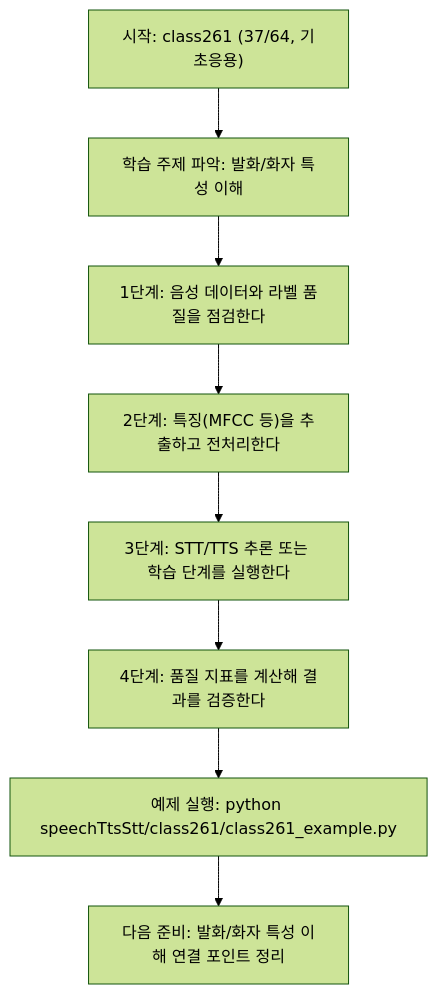
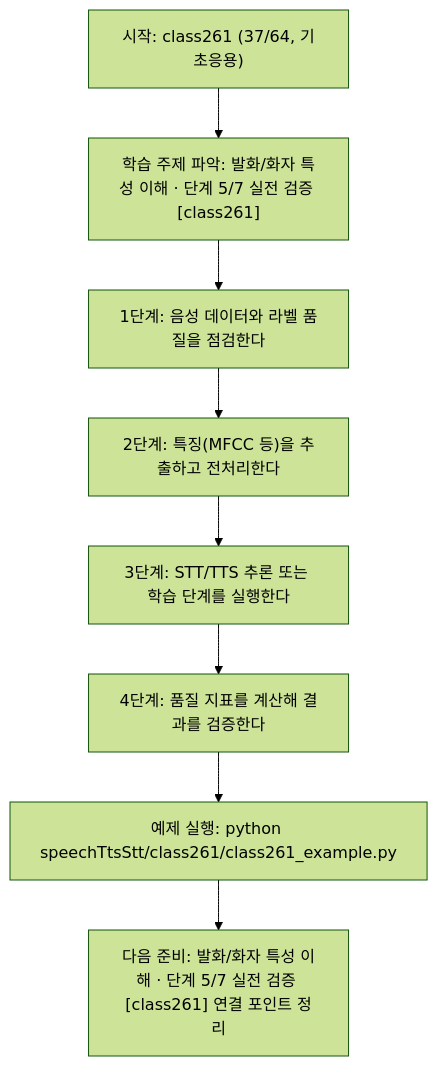
Before and after one commit to edumgt/Python-AI_Agent-Class: the diagram in speechTtsStt/class261/class261.md, drawn with Mermaid (forest theme). The commit also changed other lines of this file and 522 other files, not shown here.

````diff
--- a/speechTtsStt/class261/class261.md
+++ b/speechTtsStt/class261/class261.md
@@ -114,18 +115,18 @@
 ```mermaid
 flowchart TD
 N1["시작: class261 (37/64, 기초응용)"]
-N2["학습 주제 파악: 발화/화자 특성 이해"]
+N2["학습 주제 파악: 발화/화자 특성 이해 · 단계 5/7 실전 검증 [class261]"]
 N3["1단계: 음성 데이터와 라벨 품질을 점검한다"]
 N4["2단계: 특징(MFCC 등)을 추출하고 전처리한다"]
 N5["3단계: STT/TTS 추론 또는 학습 단계를 실행한다"]
 N6["4단계: 품질 지표를 계산해 결과를 검증한다"]
 N7["예제 실행: python speechTtsStt/class261/class261_example.py"]
-N8["다음 준비: 발화/화자 특성 이해 연결 포인트 정리"]
+N8["다음 준비: 발화/화자 특성 이해 · 단계 5/7 실전 검증 [class261] 연결 포인트 정리"]
 N1 --> N2
 N2 --> N3
 N3 --> N4
 N4 --> N5
 N5 --> N6
 N6 --> N7
 N7 --> N8
 ```
````
